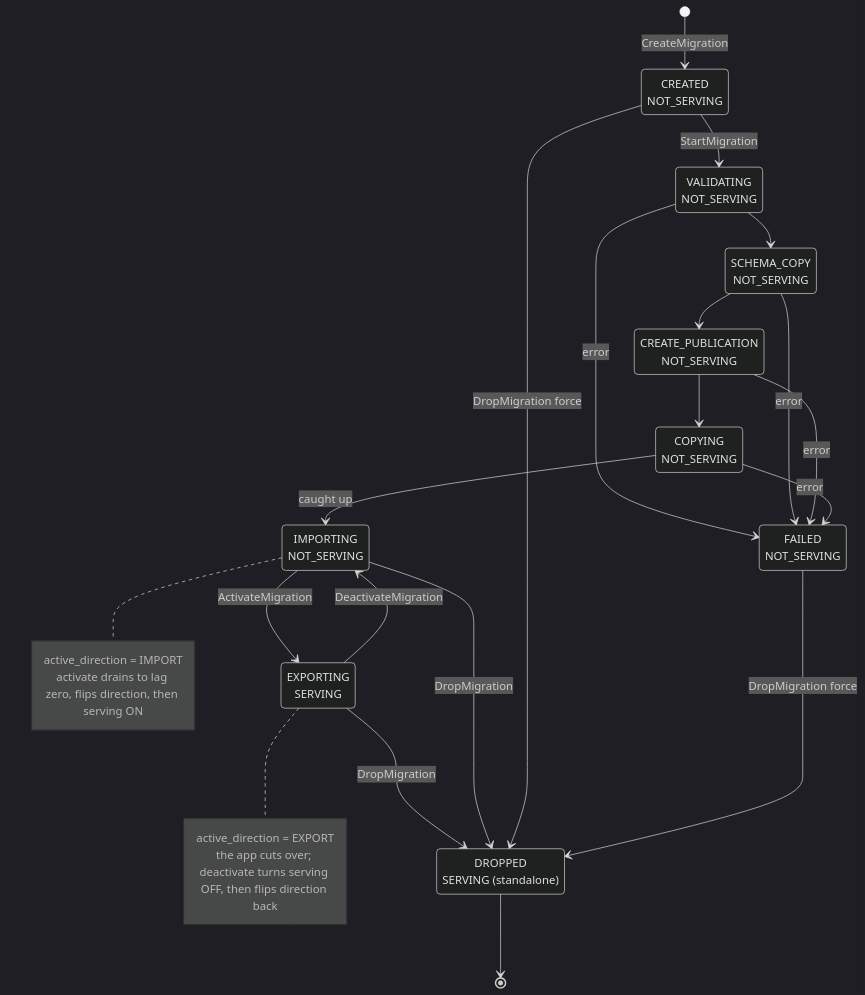
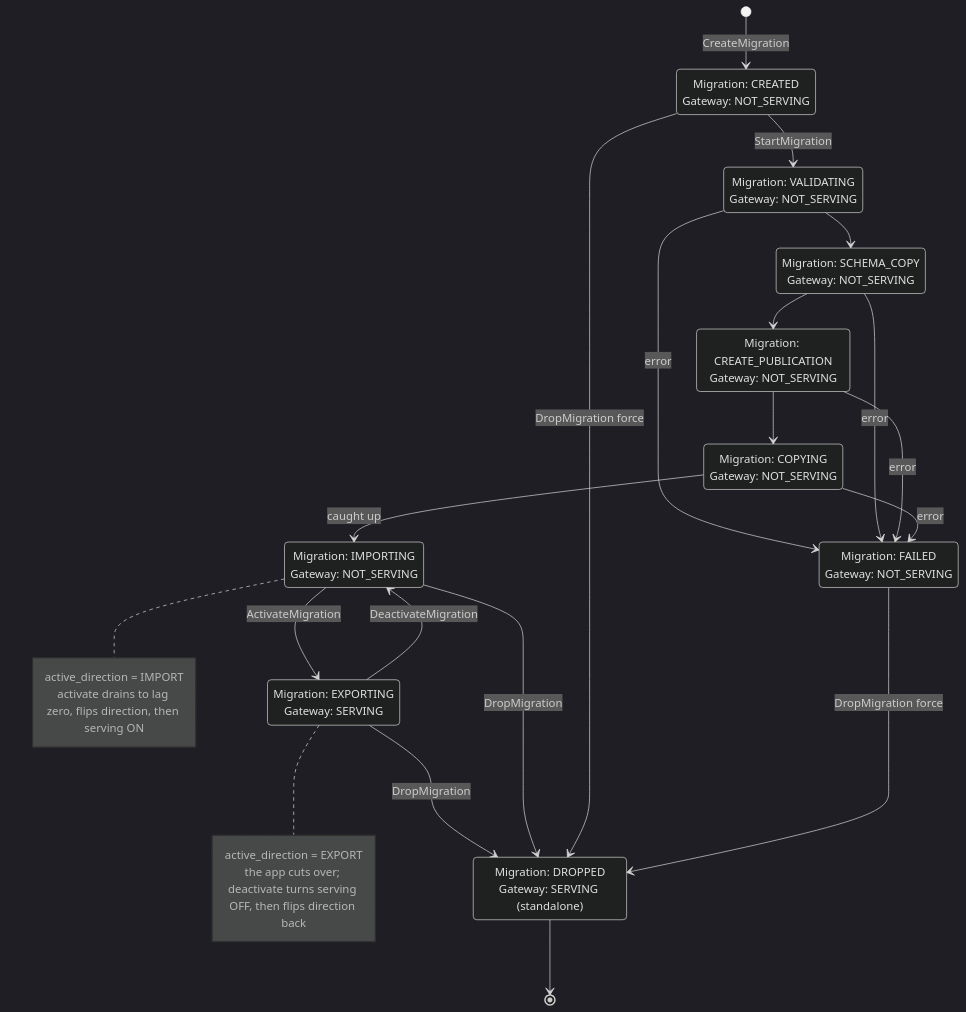
One commit to multigres/multigres changed the first of 12 diagrams in docs/migration/migrator_design.md. Above: the diagram before and after it, drawn with Mermaid (dark theme). The commit also changed other lines of this file and 104 other files, not shown here.

````diff
--- a/docs/migration/migrator_design.md
+++ b/docs/migration/migrator_design.md
@@ -188,39 +187,39 @@
 ```mermaid
 stateDiagram-v2
-    state "CREATED<br/>NOT_SERVING" as Created
-    state "VALIDATING<br/>NOT_SERVING" as Validating
-    state "SCHEMA_COPY<br/>NOT_SERVING" as SchemaCopy
-    state "CREATE_PUBLICATION<br/>NOT_SERVING" as CreatePublication
-    state "COPYING<br/>NOT_SERVING" as Copying
-    state "IMPORTING<br/>NOT_SERVING" as Importing
-    state "EXPORTING<br/>SERVING" as Exporting
-    state "DROPPED<br/>SERVING (standalone)" as Dropped
-    state "FAILED<br/>NOT_SERVING" as Failed
+    state "Migration: CREATED<br/>Gateway: NOT_SERVING" as Created
+    state "Migration: VALIDATING<br/>Gateway: NOT_SERVING" as Validating
+    state "Migration: SCHEMA_COPY<br/>Gateway: NOT_SERVING" as SchemaCopy
+    state "Migration: CREATE_PUBLICATION<br/>Gateway: NOT_SERVING" as CreatePublication
+    state "Migration: COPYING<br/>Gateway: NOT_SERVING" as Copying
+    state "Migration: IMPORTING<br/>Gateway: NOT_SERVING" as Importing
+    state "Migration: EXPORTING<br/>Gateway: SERVING" as Exporting
+    state "Migration: DROPPED<br/>Gateway: SERVING (standalone)" as Dropped
+    state "Migration: FAILED<br/>Gateway: NOT_SERVING" as Failed
 
     [*] --> Created: CreateMigration
     Created --> Validating: StartMigration
     Validating --> SchemaCopy
     SchemaCopy --> CreatePublication
     CreatePublication --> Copying
     Copying --> Importing: caught up
     Importing --> Exporting: ActivateMigration
     Exporting --> Importing: DeactivateMigration
     Exporting --> Dropped: DropMigration
     Importing --> Dropped: DropMigration
     Created --> Dropped: DropMigration force
     Validating --> Failed: error
     SchemaCopy --> Failed: error
     CreatePublication --> Failed: error
     Copying --> Failed: error
     Failed --> Dropped: DropMigration force
     Dropped --> [*]
 
     note right of Importing
         active_direction = IMPORT
         activate drains to lag zero, flips direction, then serving ON
     end note
     note right of Exporting
         active_direction = EXPORT
         the app cuts over; deactivate turns serving OFF, then flips direction back
     end note
 ```
````
